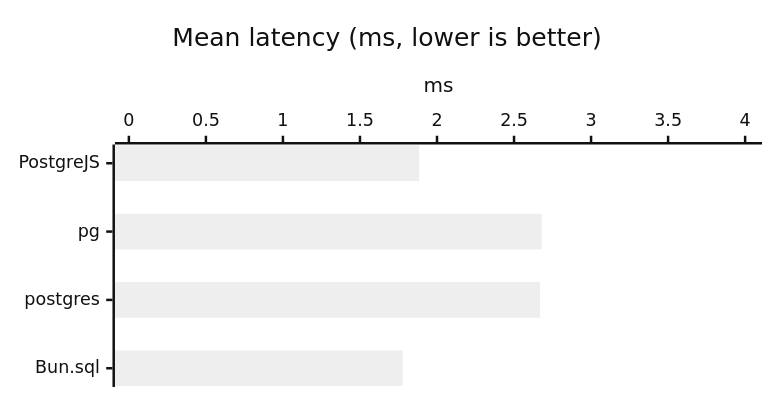
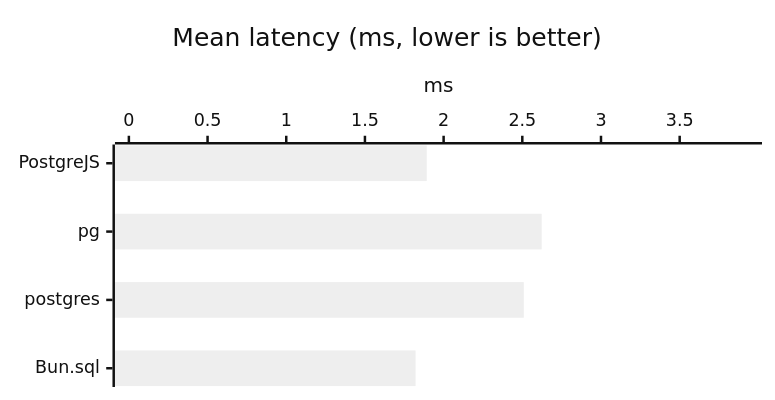
One commit to panates/postgrejs-doc changed the tenth of 56 diagrams in docs/getting-started/benchmarks-bun.md. Above: the diagram before and after it, drawn with Mermaid (neutral theme). The commit also changed other lines of this file and 24 other files, not shown here.

````diff
--- a/docs/getting-started/benchmarks-bun.md
+++ b/docs/getting-started/benchmarks-bun.md
@@ -300,8 +300,8 @@
 ```mermaid
 %%{init: {'xyChart': {'width': 600, 'height': 300, 'chartOrientation': 'horizontal'}}}%%
 xychart-beta
     title "Mean latency (ms, lower is better)"
     x-axis ["PostgreJS", "pg", "postgres", "Bun.sql"]
-    y-axis "ms" 0.0000 --> 4.0192
-    bar [1.8845, 2.6795, 2.6695, 1.7767]
+    y-axis "ms" 0.0000 --> 3.9347
+    bar [1.8929, 2.6231, 2.5095, 1.8217]
 ```
````
